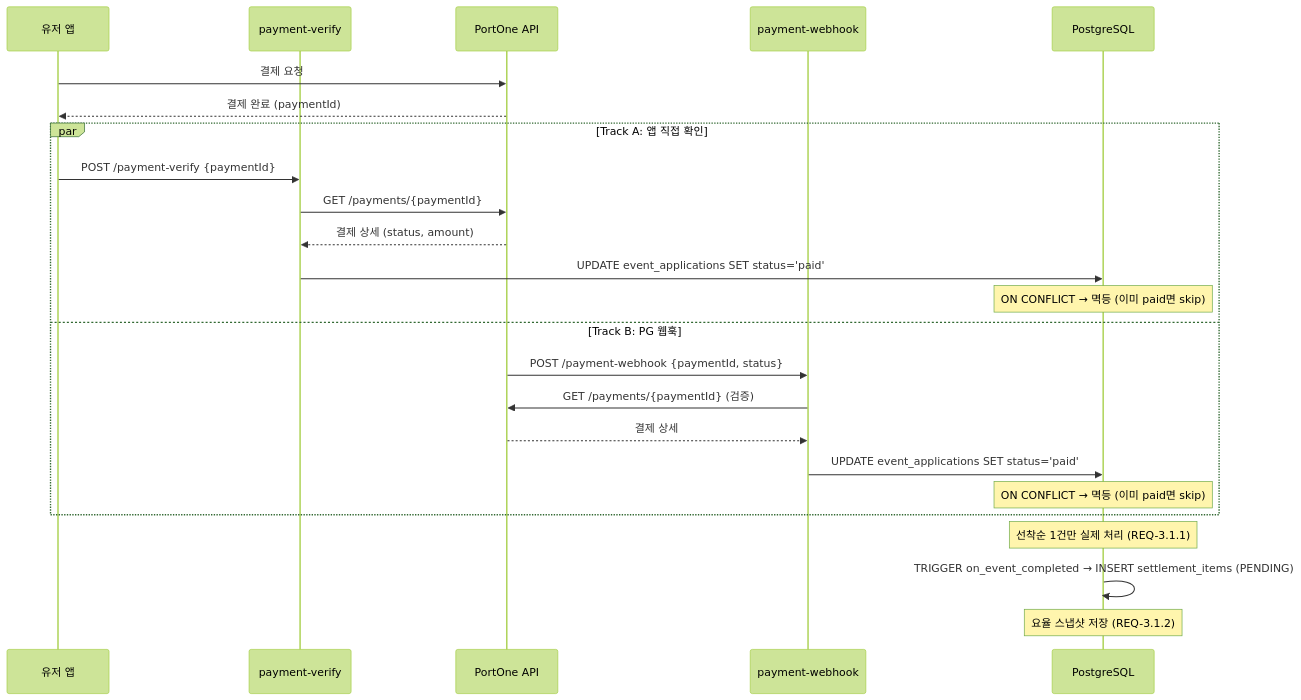
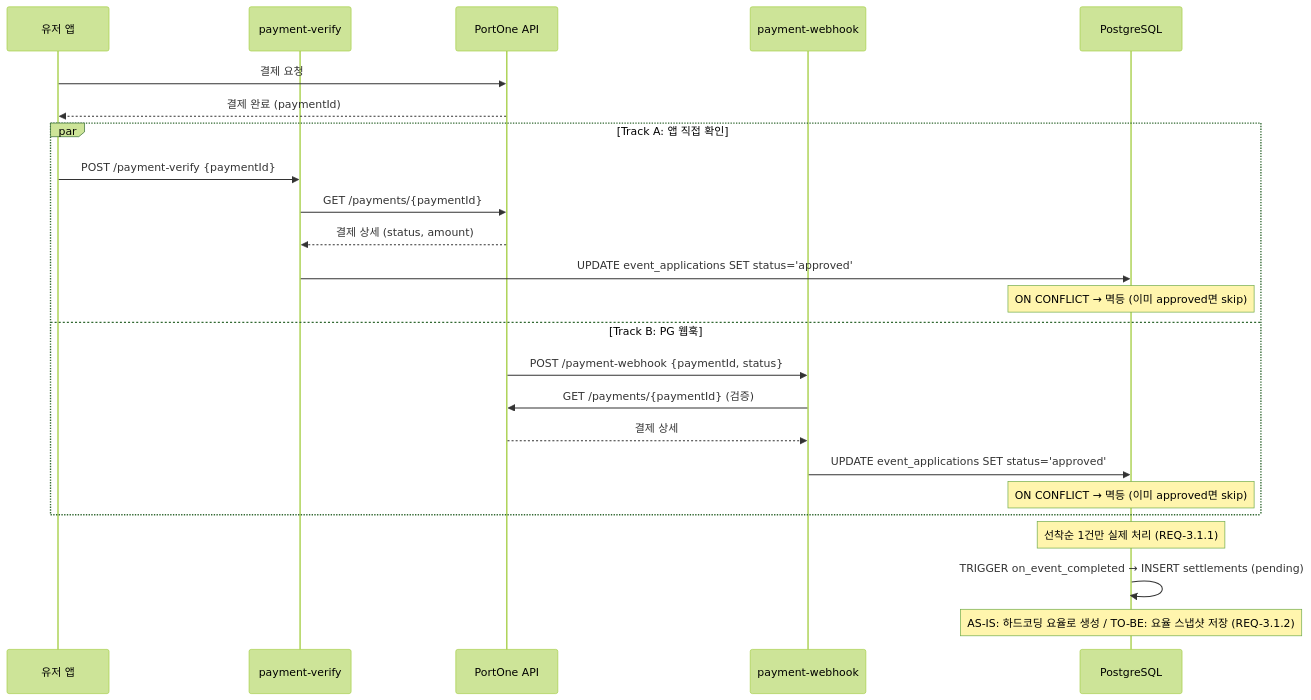
Before and after one commit to Mark-Yun/minglit: the second of 12 diagrams in docs/features/partner-settlement/architecture.md, drawn with Mermaid (forest theme). The commit also changed other lines of this file and 3 other files, not shown here.

````diff
--- a/docs/features/partner-settlement/architecture.md
+++ b/docs/features/partner-settlement/architecture.md
@@ -101,29 +102,29 @@
 ```mermaid
 sequenceDiagram
     participant U as 유저 앱
     participant EF as payment-verify
     participant PG as PortOne API
     participant WH as payment-webhook
     participant DB as PostgreSQL
 
     U->>PG: 결제 요청
     PG-->>U: 결제 완료 (paymentId)
 
     par Track A: 앱 직접 확인
         U->>EF: POST /payment-verify {paymentId}
         EF->>PG: GET /payments/{paymentId}
         PG-->>EF: 결제 상세 (status, amount)
-        EF->>DB: UPDATE event_applications SET status='paid'
-        Note over DB: ON CONFLICT → 멱등 (이미 paid면 skip)
+        EF->>DB: UPDATE event_applications SET status='approved'
+        Note over DB: ON CONFLICT → 멱등 (이미 approved면 skip)
     and Track B: PG 웹훅
         PG->>WH: POST /payment-webhook {paymentId, status}
         WH->>PG: GET /payments/{paymentId} (검증)
         PG-->>WH: 결제 상세
-        WH->>DB: UPDATE event_applications SET status='paid'
-        Note over DB: ON CONFLICT → 멱등 (이미 paid면 skip)
+        WH->>DB: UPDATE event_applications SET status='approved'
+        Note over DB: ON CONFLICT → 멱등 (이미 approved면 skip)
     end
 
     Note over DB: 선착순 1건만 실제 처리 (REQ-3.1.1)
-    DB->>DB: TRIGGER on_event_completed → INSERT settlement_items (PENDING)
-    Note over DB: 요율 스냅샷 저장 (REQ-3.1.2)
+    DB->>DB: TRIGGER on_event_completed → INSERT settlements (pending)
+    Note over DB: AS-IS: 하드코딩 요율로 생성 / TO-BE: 요율 스냅샷 저장 (REQ-3.1.2)
 ```
````
